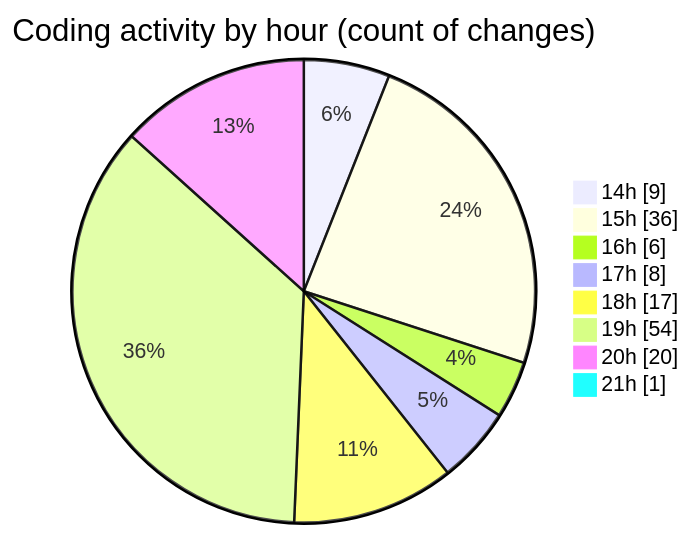
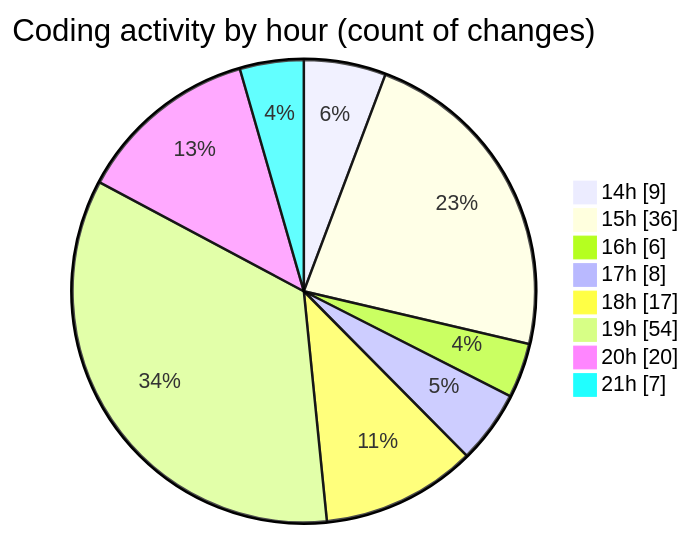
One commit to Ritupan-Deka/code-tracking changed the second of 2 diagrams in 2025-06-17/projects/README.md. Above: the diagram before and after it, drawn with Mermaid. The commit also changed other lines of this file and 1 other file, not shown here.

````diff
--- a/2025-06-17/projects/README.md
+++ b/2025-06-17/projects/README.md
@@ -29,12 +31,12 @@
 ```mermaid
 pie showData
 title Coding activity by hour (count of changes)
 "14h" : 9
 "15h" : 36
 "16h" : 6
 "17h" : 8
 "18h" : 17
 "19h" : 54
 "20h" : 20
-"21h" : 1
+"21h" : 7
 ```
````
